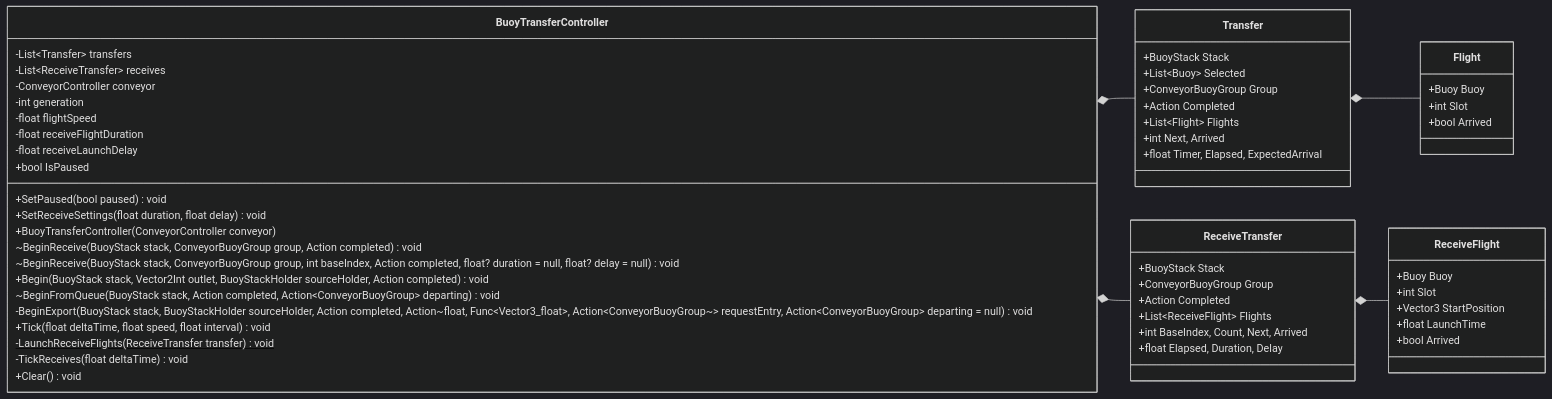
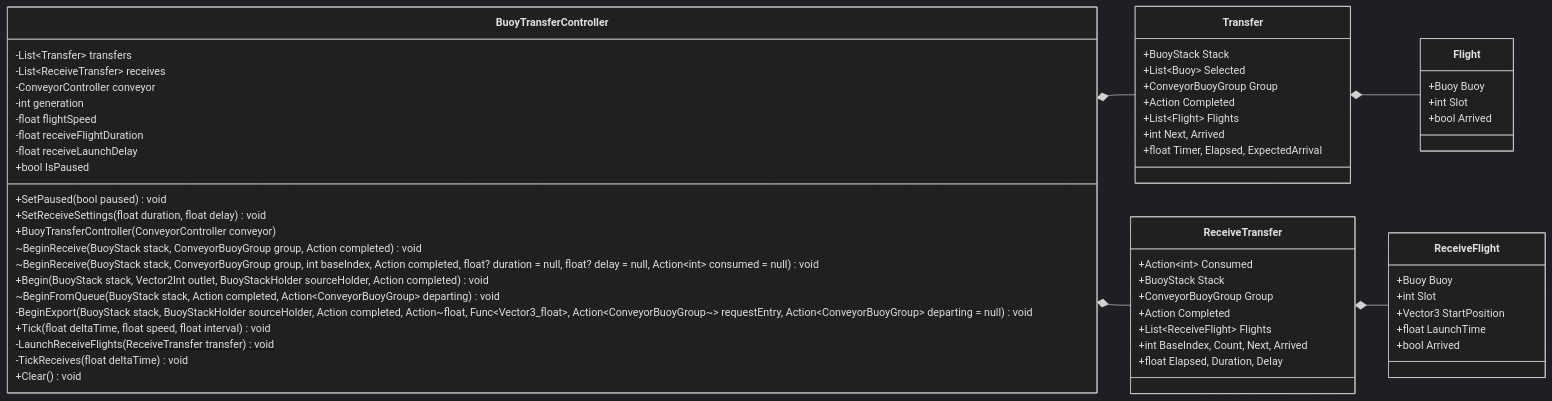
Before and after one commit to nchuoi2443/WaterConveyorSort: the sixth of 8 diagrams in Docs/ClassDiagram.md, drawn with Mermaid (dark theme). The commit also changed other lines of this file and 10 other files, not shown here.

Commit message:
consume buoy for stack

````diff
--- a/Docs/ClassDiagram.md
+++ b/Docs/ClassDiagram.md
@@ -1100,59 +1106,60 @@
 ```mermaid
 classDiagram
 direction LR
 class BuoyTransferController {
     -List~Transfer~ transfers
     -List~ReceiveTransfer~ receives
     -ConveyorController conveyor
     -int generation
     -float flightSpeed
     -float receiveFlightDuration
     -float receiveLaunchDelay
     +bool IsPaused
     +SetPaused(bool paused) void
     +SetReceiveSettings(float duration, float delay) void
     +BuoyTransferController(ConveyorController conveyor)
     ~BeginReceive(BuoyStack stack, ConveyorBuoyGroup group, Action completed) void
-    ~BeginReceive(BuoyStack stack, ConveyorBuoyGroup group, int baseIndex, Action completed, float? duration = null, float? delay = null) void
+    ~BeginReceive(BuoyStack stack, ConveyorBuoyGroup group, int baseIndex, Action completed, float? duration = null, float? delay = null, Action~int~ consumed = null) void
     +Begin(BuoyStack stack, Vector2Int outlet, BuoyStackHolder sourceHolder, Action completed) void
     ~BeginFromQueue(BuoyStack stack, Action completed, Action~ConveyorBuoyGroup~ departing) void
     -BeginExport(BuoyStack stack, BuoyStackHolder sourceHolder, Action completed, Action~float, Func~Vector3_float~, Action~ConveyorBuoyGroup~~ requestEntry, Action~ConveyorBuoyGroup~ departing = null) void
     +Tick(float deltaTime, float speed, float interval) void
     -LaunchReceiveFlights(ReceiveTransfer transfer) void$
     -TickReceives(float deltaTime) void
     +Clear() void
 }
 class Transfer {
     +BuoyStack Stack
     +List~Buoy~ Selected
     +ConveyorBuoyGroup Group
     +Action Completed
     +List~Flight~ Flights
     +int Next, Arrived
     +float Timer, Elapsed, ExpectedArrival
 }
 class ReceiveTransfer {
+    +Action~int~ Consumed
     +BuoyStack Stack
     +ConveyorBuoyGroup Group
     +Action Completed
     +List~ReceiveFlight~ Flights
     +int BaseIndex, Count, Next, Arrived
     +float Elapsed, Duration, Delay
 }
 class ReceiveFlight {
     +Buoy Buoy
     +int Slot
     +Vector3 StartPosition
     +float LaunchTime
     +bool Arrived
 }
 class Flight {
     +Buoy Buoy
     +int Slot
     +bool Arrived
 }
 BuoyTransferController *-- Transfer
 BuoyTransferController *-- ReceiveTransfer
 Transfer *-- Flight
 ReceiveTransfer *-- ReceiveFlight
 ```
````
